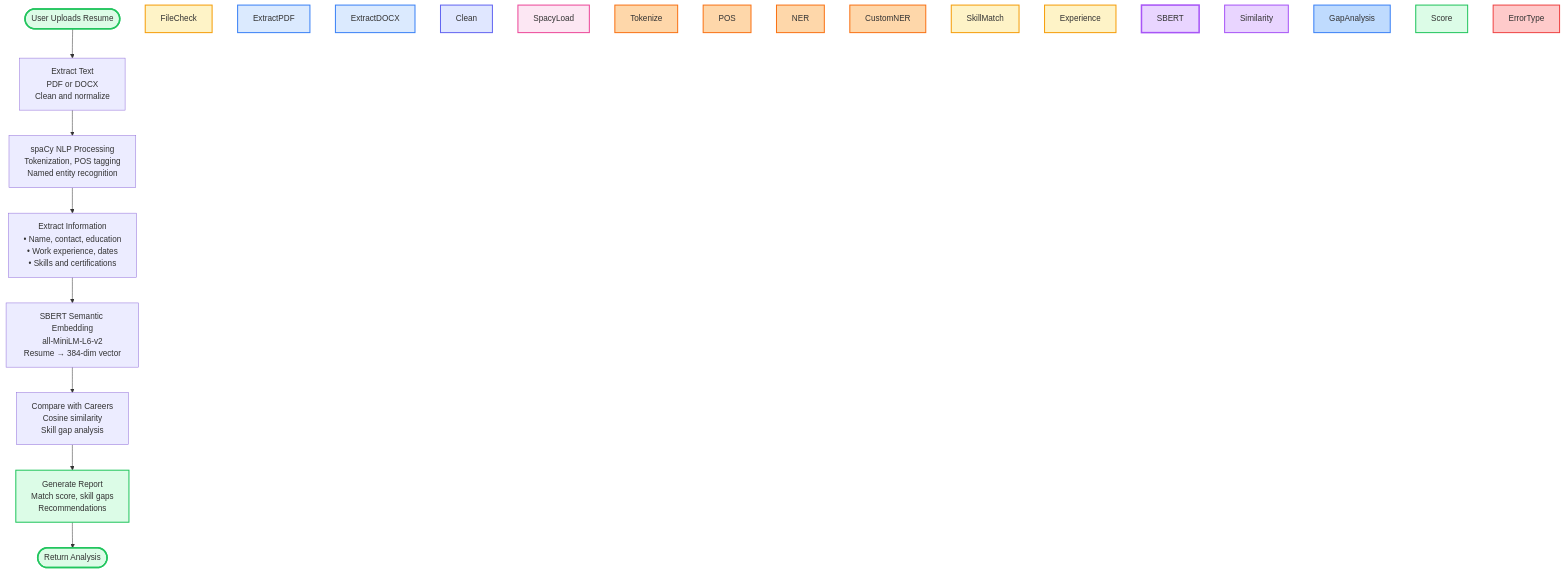
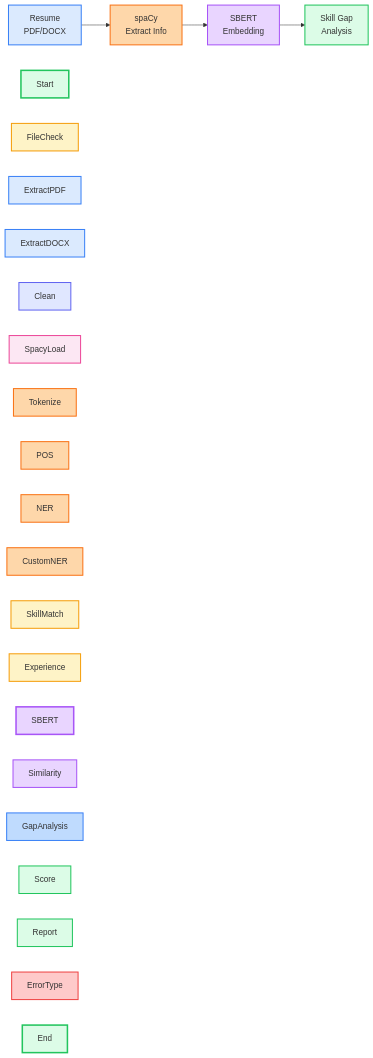
Before and after one commit to rafainamdar04/BrightPathCareerRecommendation: the diagram in docs/figures/07_resume_nlp_pipeline.mmd, drawn with Mermaid. The commit also changed 5 other files, not shown here.

First line of the commit message:
Simplify algorithm diagrams to minimal essential flow

```diff
--- a/docs/figures/07_resume_nlp_pipeline.mmd
+++ b/docs/figures/07_resume_nlp_pipeline.mmd
@@ -1,36 +1,31 @@
-flowchart TD
-    %% Resume Analysis NLP Pipeline - Simplified
+flowchart LR
+    %% Resume Analysis - Simple
     
-    Start([User Uploads Resume]) --> Extract["Extract Text<br/>PDF or DOCX<br/>Clean and normalize"]
+    A["Resume<br/>PDF/DOCX"] --> B["spaCy<br/>Extract Info"]
+    B --> C["SBERT<br/>Embedding"]
+    C --> D["Skill Gap<br/>Analysis"]
     
-    Extract --> NLP["spaCy NLP Processing<br/>Tokenization, POS tagging<br/>Named entity recognition"]
-    
-    NLP --> Extract_Info["Extract Information<br/>• Name, contact, education<br/>• Work experience, dates<br/>• Skills and certifications"]
-    
-    Extract_Info --> Embed["SBERT Semantic Embedding<br/>all-MiniLM-L6-v2<br/>Resume → 384-dim vector"]
-    
-    Embed --> Compare["Compare with Careers<br/>Cosine similarity<br/>Skill gap analysis"]
-    
-    Compare --> Report["Generate Report<br/>Match score, skill gaps<br/>Recommendations"]
-    
-    Report --> End([Return Analysis])
+    style A fill:#dbeafe,stroke:#3b82f6,stroke-width:2px
+    style B fill:#fed7aa,stroke:#f97316,stroke-width:2px
+    style C fill:#e9d5ff,stroke:#a855f7,stroke-width:2px
+    style D fill:#dcfce7,stroke:#22c55e,stroke-width:2px
     
     style Start fill:#dcfce7,stroke:#22c55e,stroke-width:3px
     style FileCheck fill:#fef3c7,stroke:#f59e0b,stroke-width:2px
     style ExtractPDF fill:#dbeafe,stroke:#3b82f6,stroke-width:2px
     style ExtractDOCX fill:#dbeafe,stroke:#3b82f6,stroke-width:2px
     style Clean fill:#e0e7ff,stroke:#6366f1,stroke-width:2px
     style SpacyLoad fill:#fce7f3,stroke:#ec4899,stroke-width:2px
     style Tokenize fill:#fed7aa,stroke:#f97316,stroke-width:2px
     style POS fill:#fed7aa,stroke:#f97316,stroke-width:2px
     style NER fill:#fed7aa,stroke:#f97316,stroke-width:2px
     style CustomNER fill:#fed7aa,stroke:#f97316,stroke-width:2px
     style SkillMatch fill:#fef3c7,stroke:#f59e0b,stroke-width:2px
     style Experience fill:#fef3c7,stroke:#f59e0b,stroke-width:2px
     style SBERT fill:#e9d5ff,stroke:#a855f7,stroke-width:3px
     style Similarity fill:#e9d5ff,stroke:#a855f7,stroke-width:2px
     style GapAnalysis fill:#bfdbfe,stroke:#3b82f6,stroke-width:2px
     style Score fill:#dcfce7,stroke:#22c55e,stroke-width:2px
     style Report fill:#dcfce7,stroke:#22c55e,stroke-width:2px
     style ErrorType fill:#fecaca,stroke:#ef4444,stroke-width:2px
     style End fill:#dcfce7,stroke:#22c55e,stroke-width:3px
```
